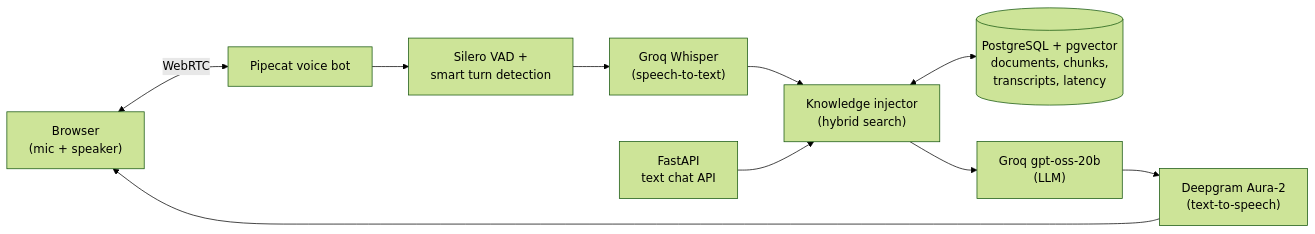
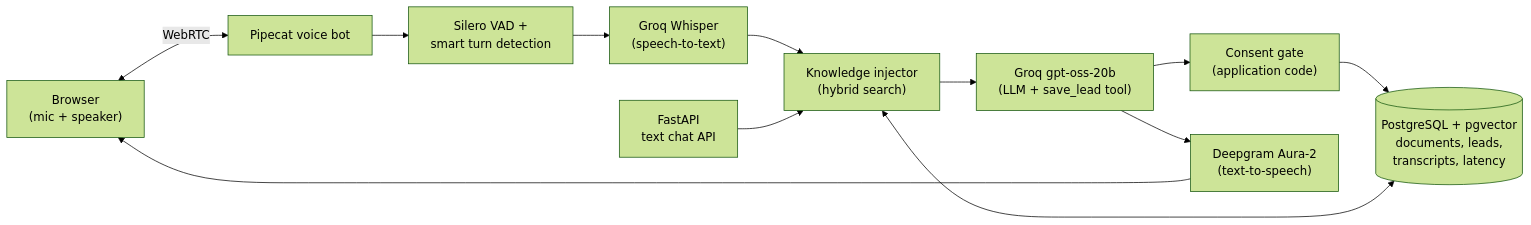
Before and after one commit to AshishChaubey2003/ai-voice-sales-agent: the diagram in README.md, drawn with Mermaid (forest theme). The commit also changed other lines of this file, not shown here.

First line of the commit message:
Enhance README with lead capture details and feature updates

````diff
--- a/README.md
+++ b/README.md
@@ -37,12 +38,14 @@
 ```mermaid
 flowchart LR
     Browser["Browser<br/>(mic + speaker)"] <-->|WebRTC| Bot["Pipecat voice bot"]
     Bot --> VAD["Silero VAD +<br/>smart turn detection"]
     VAD --> STT["Groq Whisper<br/>(speech-to-text)"]
     STT --> KB["Knowledge injector<br/>(hybrid search)"]
-    KB <--> PG[("PostgreSQL + pgvector<br/>documents, chunks,<br/>transcripts, latency")]
-    KB --> LLM["Groq gpt-oss-20b<br/>(LLM)"]
+    KB --> LLM["Groq gpt-oss-20b<br/>(LLM + save_lead tool)"]
+    LLM --> Gate["Consent gate<br/>(application code)"]
+    Gate --> PG[("PostgreSQL + pgvector<br/>documents, leads,<br/>transcripts, latency")]
     LLM --> TTS["Deepgram Aura-2<br/>(text-to-speech)"]
     TTS --> Browser
+    KB <--> PG
     API["FastAPI<br/>text chat API"] --> KB
 ```
````
